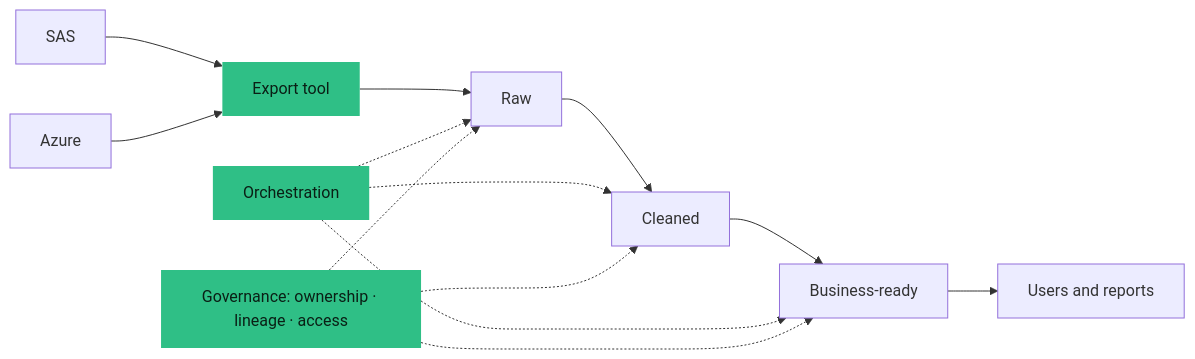
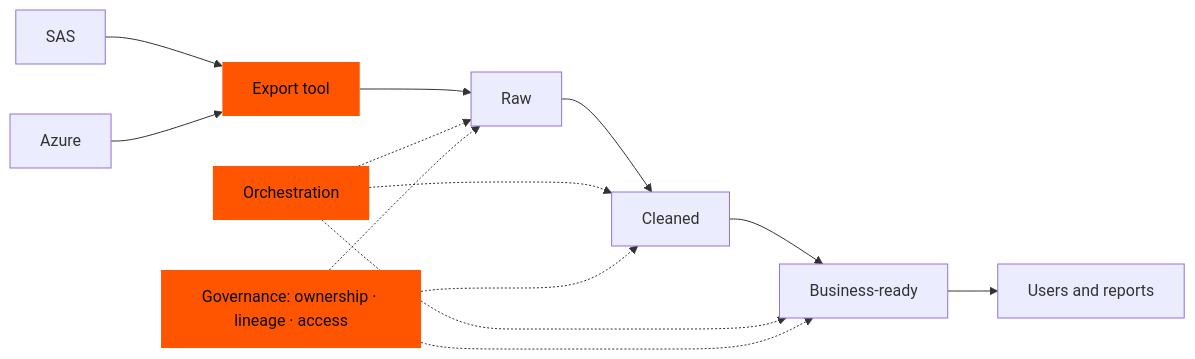
Before and after one commit to aemane-m/mon-portfolio: the diagram in src/content/projects/databricks-data-platform.mdx, drawn with Mermaid. The commit also changed 175 other files, not shown here.

Commit message:
feat: Sanity-inspired orange accent on a full-black default theme (cream + orange kept as the light option); diagrams, share images, icons and dot notes regenerated

````diff
--- a/src/content/projects/databricks-data-platform.mdx
+++ b/src/content/projects/databricks-data-platform.mdx
@@ -33,14 +33,14 @@
 ```mermaid
 flowchart LR
   S1["SAS"] --> X["Export tool"]
   S2["Azure"] --> X
   X --> R["Raw"] --> C["Cleaned"] --> B["Business-ready"] --> U["Users and reports"]
   O["Orchestration"] -.-> R
   O -.-> C
   O -.-> B
   G["Governance: ownership · lineage · access"] -.-> R
   G -.-> C
   G -.-> B
-  classDef accent fill:#2fbf86,color:#0a1f15,stroke:none
+  classDef accent fill:#ff5500,color:#0b0b0b,stroke:none
   class X,O,G accent
 ```
````
